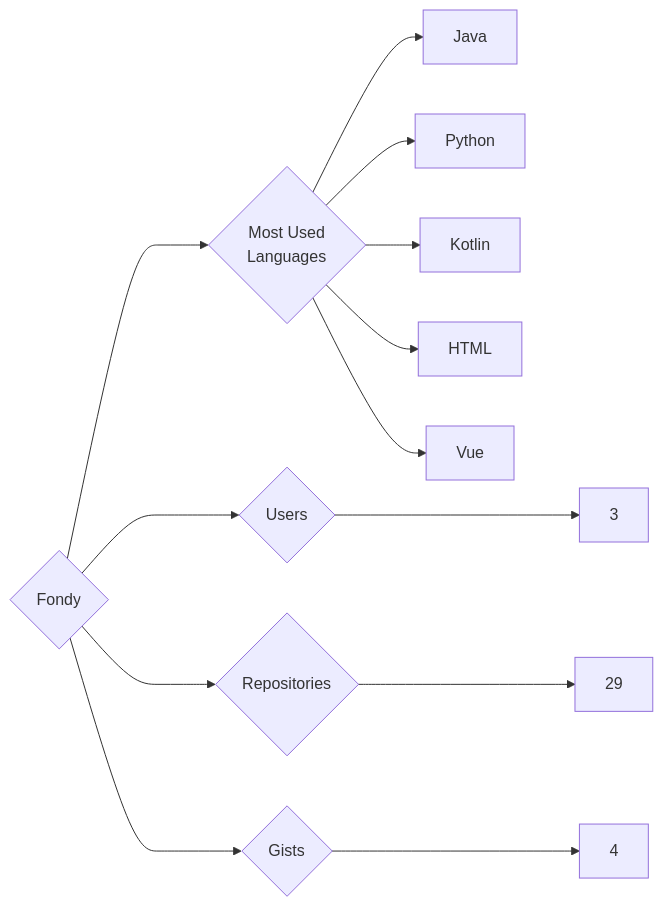
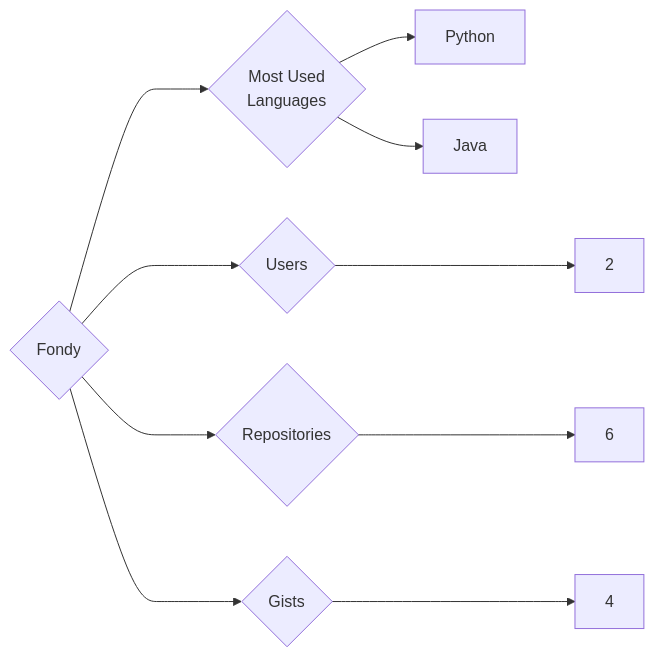
The diagram in targets/Fondy/README.md (trickest/insiders), drawn with Mermaid before and after one commit. The commit also changed 823 other files, not shown here.

````diff
--- a/targets/Fondy/README.md
+++ b/targets/Fondy/README.md
@@ -3,13 +3,10 @@
 ```mermaid
 graph LR
 COMPANY_NAME{Fondy}
-COMPANY_NAME ---> U{Users} ---> UN[3]
-COMPANY_NAME ---> R{Repositories} ---> RN[29]
+COMPANY_NAME ---> U{Users} ---> UN[2]
+COMPANY_NAME ---> R{Repositories} ---> RN[6]
 COMPANY_NAME ---> G{Gists} ---> GN[4]
 COMPANY_NAME ---> ML{Most Used<br>Languages}
+ML --> Python[Python]
 ML --> Java[Java]
-ML --> Python[Python]
-ML --> Kotlin[Kotlin]
-ML --> HTML[HTML]
-ML --> Vue[Vue]
 ```
````
